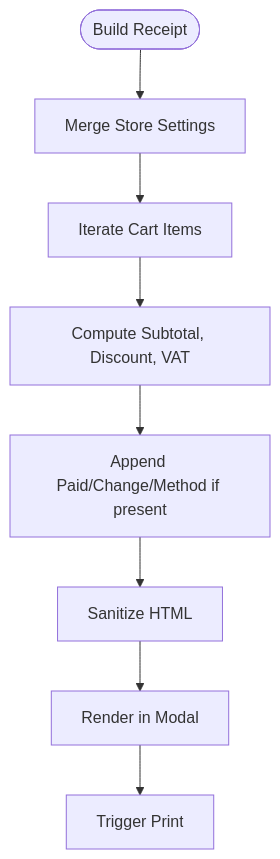
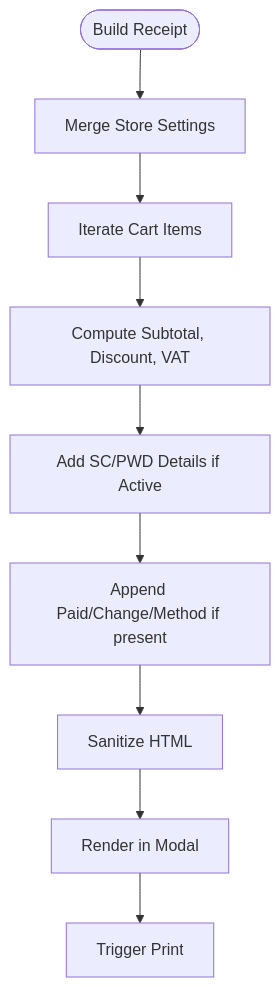
Before and after one commit to yosefdc7/PharmaPOS: the fifth of 13 diagrams in .qoder/repowiki/en/content/Frontend Interface/Checkout System.md, drawn with Mermaid. The commit also changed other lines of this file and 11 other files, not shown here.

````diff
--- a/.qoder/repowiki/en/content/Frontend Interface/Checkout System.md
+++ b/.qoder/repowiki/en/content/Frontend Interface/Checkout System.md
@@ -184,10 +278,11 @@
 ```mermaid
 flowchart TD
 BuildStart(["Build Receipt"]) --> MergeSettings["Merge Store Settings"]
 MergeSettings --> Items["Iterate Cart Items"]
 Items --> Totals["Compute Subtotal, Discount, VAT"]
-Totals --> Payment["Append Paid/Change/Method if present"]
+Totals --> SCPD["Add SC/PWD Details if Active"]
+SCPD --> Payment["Append Paid/Change/Method if present"]
 Payment --> Sanitize["Sanitize HTML"]
 Sanitize --> Render["Render in Modal"]
 Render --> Print["Trigger Print"]
 ```
````
